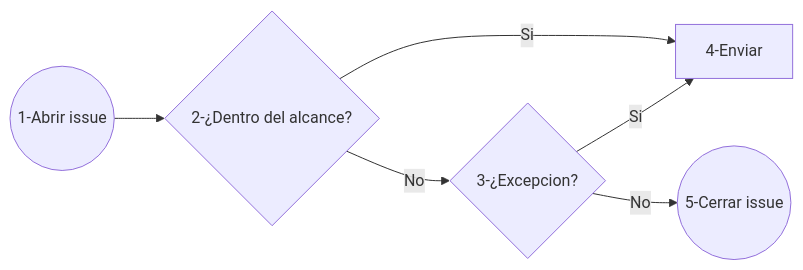
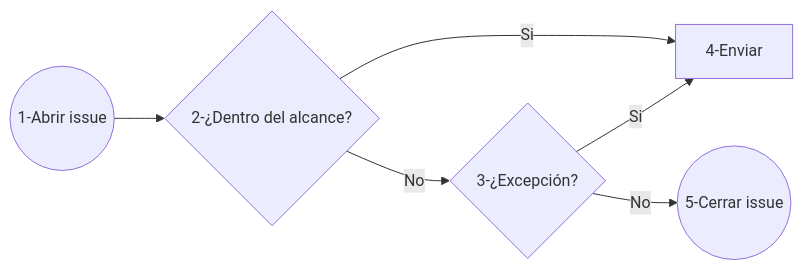
The first of 4 diagrams in es.qmd (maurolepore/software-review), drawn with Mermaid before and after one commit. The commit also changed other lines of this file, not shown here.

````diff
--- a/es.qmd
+++ b/es.qmd
@@ -43,9 +49,9 @@
 ```{mermaid}
 flowchart LR
     B((1-Abrir issue))
     B --> C{2-¿Dentro del alcance?}
-    C -->|No| E{3-¿Excepcion?}
+    C -->|No| E{3-¿Excepción?}
     C -->|Si| D[4-Enviar]
     E -->|Si| D
     E -->|No| G((5-Cerrar issue))
 ```
````
